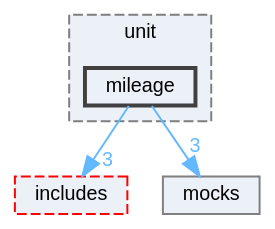
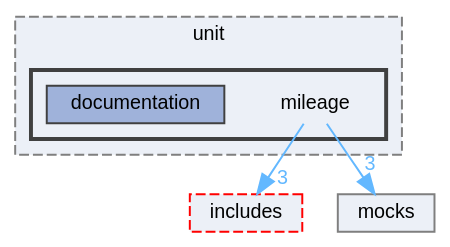
One commit to SEAME-pt/2024-2025-HotWheels changed the diagram in docs/docs/dir_8701668726489afb394347bfe35de5b3_dep.dot. Above: the diagram before and after it, drawn with Graphviz. The commit also changed 812 other files, not shown here.

```diff
--- a/docs/docs/dir_8701668726489afb394347bfe35de5b3_dep.dot
+++ b/docs/docs/dir_8701668726489afb394347bfe35de5b3_dep.dot
@@ -1,16 +1,20 @@
 digraph "apps/cluster/app_tests/unit/mileage"
 {
  // LATEX_PDF_SIZE
   bgcolor="transparent";
   edge [fontname=Helvetica,fontsize=10,labelfontname=Helvetica,labelfontsize=10];
   node [fontname=Helvetica,fontsize=10,shape=box,height=0.2,width=0.4];
   compound=true
   subgraph clusterdir_44399569173f8f27c4cea4a3da0cd3f4 {
     graph [ bgcolor="#ecf0f7", pencolor="grey50", label="unit", fontname=Helvetica,fontsize=10 style="filled,dashed", URL="dir_44399569173f8f27c4cea4a3da0cd3f4.html",tooltip=""]
-  dir_8701668726489afb394347bfe35de5b3 [label="mileage", fillcolor="#ecf0f7", color="grey25", style="filled,bold", URL="dir_8701668726489afb394347bfe35de5b3.html",tooltip=""];
+  subgraph clusterdir_8701668726489afb394347bfe35de5b3 {
+    graph [ bgcolor="#ecf0f7", pencolor="grey25", label="", fontname=Helvetica,fontsize=10 style="filled,bold", URL="dir_8701668726489afb394347bfe35de5b3.html",tooltip=""]
+    dir_8701668726489afb394347bfe35de5b3 [shape=plaintext, label="mileage"];
+  dir_aea2c3717f503d50d0268870d6c2256e [label="documentation", fillcolor="#9fb2da", color="grey25", style="filled", URL="dir_aea2c3717f503d50d0268870d6c2256e.html",tooltip=""];
+  }
   }
   dir_2a4f0eb436765d0e1bfbb2d23c4680c4 [label="includes", fillcolor="#ecf0f7", color="red", style="filled,dashed", URL="dir_2a4f0eb436765d0e1bfbb2d23c4680c4.html",tooltip=""];
   dir_e1290d5126a8a0061e25aef85cdc39ae [label="mocks", fillcolor="#ecf0f7", color="grey50", style="filled", URL="dir_e1290d5126a8a0061e25aef85cdc39ae.html",tooltip=""];
-  dir_8701668726489afb394347bfe35de5b3->dir_2a4f0eb436765d0e1bfbb2d23c4680c4 [headlabel="3", labeldistance=1.5 headhref="dir_000021_000017.html" href="dir_000021_000017.html" color="steelblue1" fontcolor="steelblue1"];
-  dir_8701668726489afb394347bfe35de5b3->dir_e1290d5126a8a0061e25aef85cdc39ae [headlabel="3", labeldistance=1.5 headhref="dir_000021_000025.html" href="dir_000021_000025.html" color="steelblue1" fontcolor="steelblue1"];
+  dir_8701668726489afb394347bfe35de5b3->dir_2a4f0eb436765d0e1bfbb2d23c4680c4 [headlabel="3", labeldistance=1.5 headhref="dir_000029_000023.html" href="dir_000029_000023.html" color="steelblue1" fontcolor="steelblue1"];
+  dir_8701668726489afb394347bfe35de5b3->dir_e1290d5126a8a0061e25aef85cdc39ae [headlabel="3", labeldistance=1.5 headhref="dir_000029_000033.html" href="dir_000029_000033.html" color="steelblue1" fontcolor="steelblue1"];
 }
```
